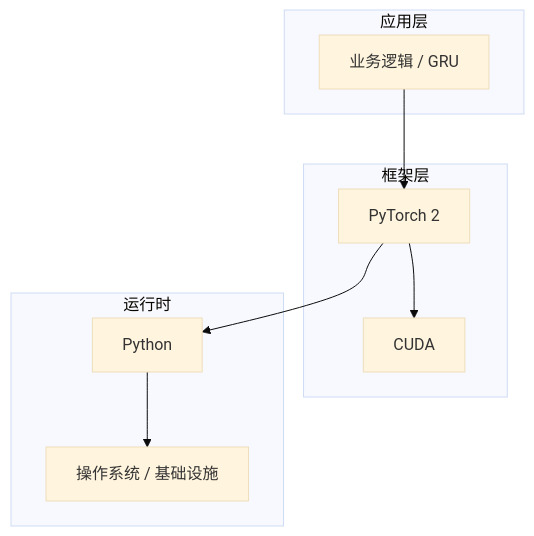
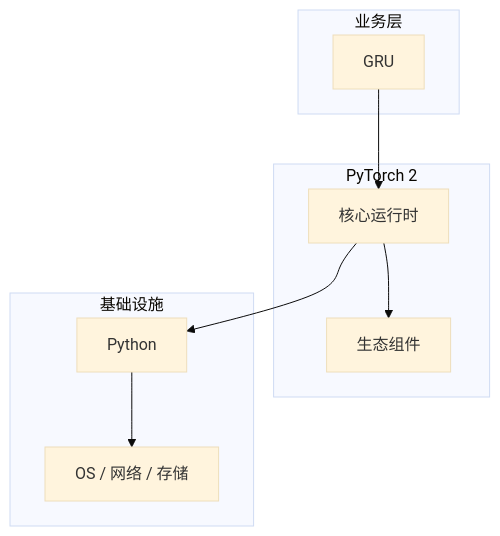
The diagram in articles/深度学习/chapters/055-GRU核心概念与原理.md (yanggan2015/knowledge-json-v2), drawn with Mermaid (base theme) before and after one commit. The commit also changed other lines of this file and 10127 other files, not shown here.

````diff
--- a/articles/深度学习/chapters/055-GRU核心概念与原理.md
+++ b/articles/深度学习/chapters/055-GRU核心概念与原理.md
@@ -45,18 +30,18 @@
 ```mermaid
 graph TB
-    subgraph 应用层
-        A[业务逻辑 / GRU]
+    subgraph 业务层
+        A[GRU]
     end
-    subgraph 框架层
-        B[PyTorch 2]
-        C[CUDA]
+    subgraph PyTorch 2
+        B[核心运行时]
+        C[生态组件]
     end
-    subgraph 运行时
+    subgraph 基础设施
         D[Python]
-        E[操作系统 / 基础设施]
+        E[OS / 网络 / 存储]
     end
     A --> B
     B --> C
     B --> D
     D --> E
 ```
````
